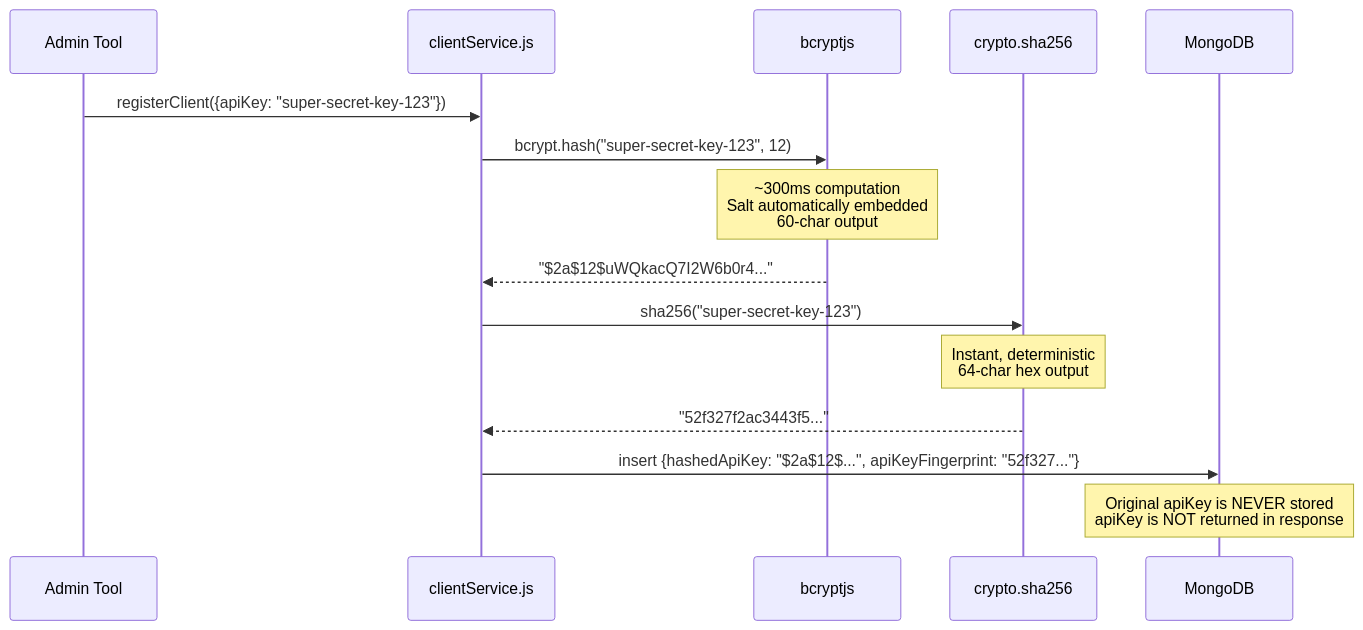
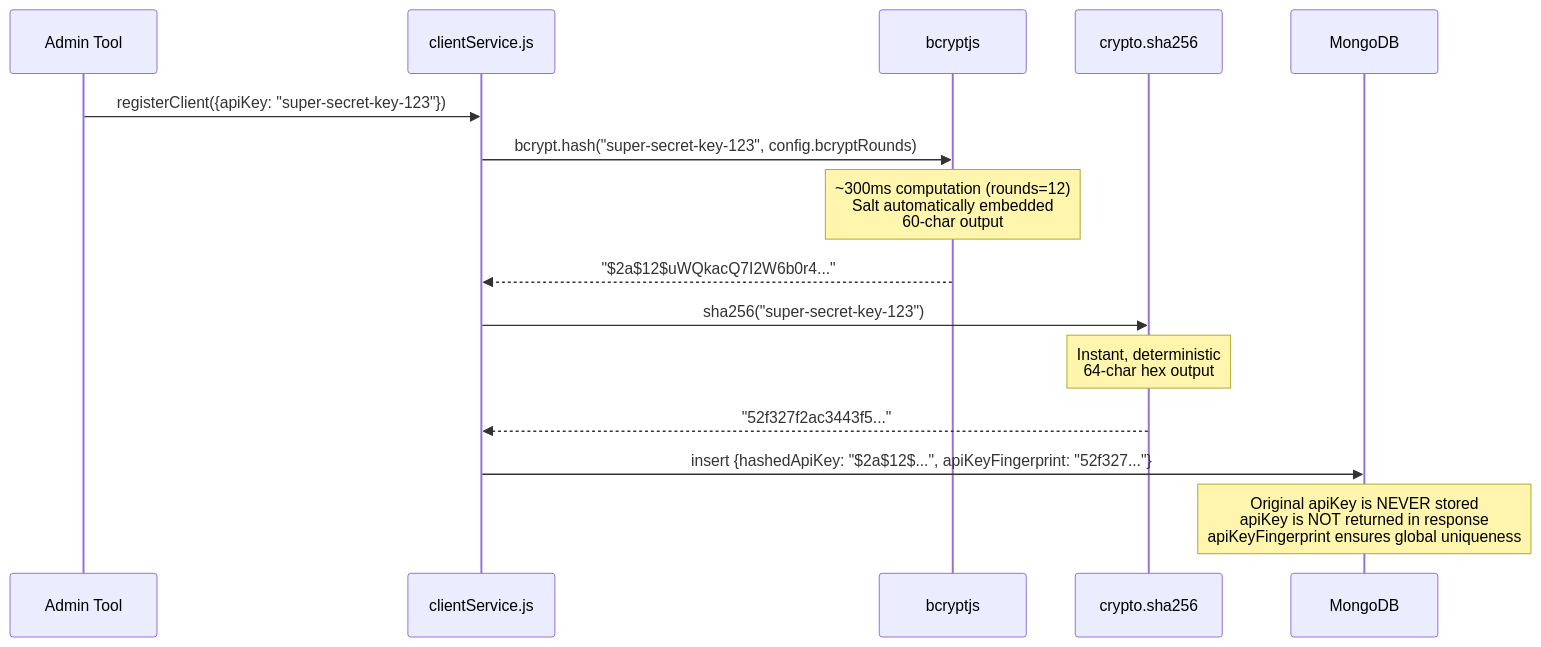
Before and after one commit to ramalokeshreddyp/RateGuard: diagram 11 of 16 in projectdocumentation.md, drawn with Mermaid. The commit also changed other lines of this file and 2 other files, not shown here.

Commit message:
docs: comprehensive rewrite of README, ARCHITECTURE, and projectdocumentation (v2.0) - 43 tests, GET /clients/:id, X-RateLimit-* headers, BCRYPT_ROUNDS, ioredis-mock, .dockerignore

````diff
--- a/projectdocumentation.md
+++ b/projectdocumentation.md
@@ -478,18 +504,18 @@
 ```mermaid
 sequenceDiagram
     participant ADM as Admin Tool
     participant SVC as clientService.js
     participant BCR as bcryptjs
     participant SHA as crypto.sha256
     participant MDB as MongoDB
 
     ADM->>SVC: registerClient({apiKey: "super-secret-key-123"})
-    SVC->>BCR: bcrypt.hash("super-secret-key-123", 12)
-    Note over BCR: ~300ms computation<br/>Salt automatically embedded<br/>60-char output
+    SVC->>BCR: bcrypt.hash("super-secret-key-123", config.bcryptRounds)
+    Note over BCR: ~300ms computation (rounds=12)<br/>Salt automatically embedded<br/>60-char output
     BCR-->>SVC: "$2a$12$uWQkacQ7I2W6b0r4..."
     SVC->>SHA: sha256("super-secret-key-123")
     Note over SHA: Instant, deterministic<br/>64-char hex output
     SHA-->>SVC: "52f327f2ac3443f5..."
     SVC->>MDB: insert {hashedApiKey: "$2a$12$...", apiKeyFingerprint: "52f327..."}
-    Note over MDB: Original apiKey is NEVER stored<br/>apiKey is NOT returned in response
+    Note over MDB: Original apiKey is NEVER stored<br/>apiKey is NOT returned in response<br/>apiKeyFingerprint ensures global uniqueness
 ```
````
